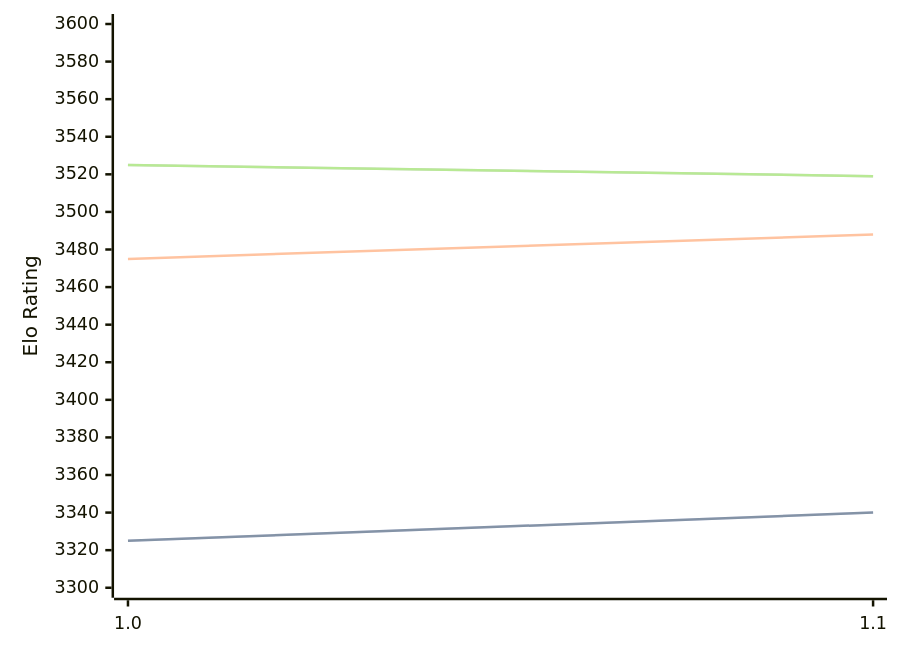
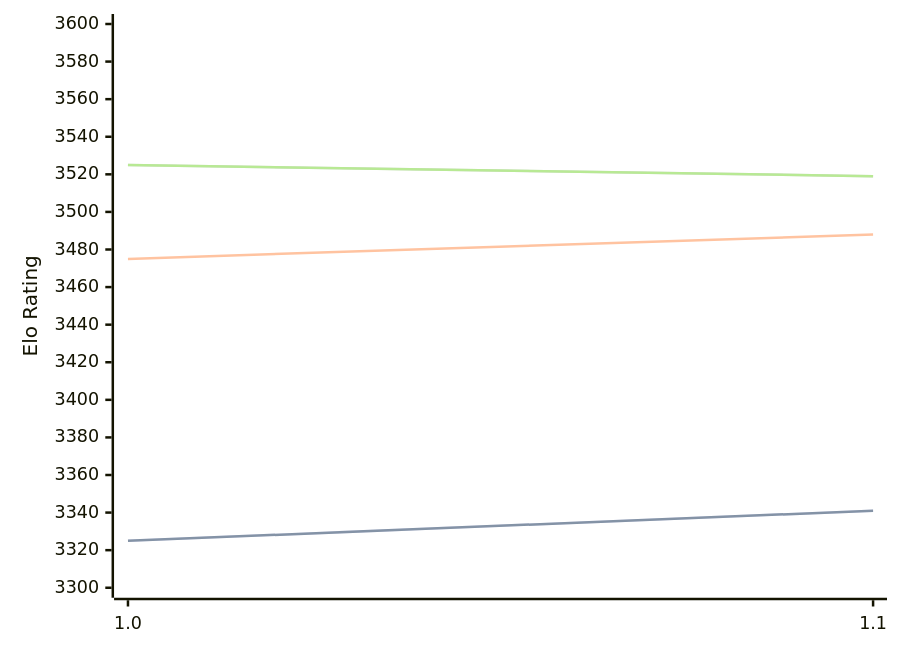
The diagram in engines/Horsie.md (computer-chess-index/cci), drawn with Mermaid before and after one commit. The commit also changed other lines of this file, not shown here.

````diff
--- a/engines/Horsie.md
+++ b/engines/Horsie.md
@@ -32,11 +32,11 @@
 ```mermaid
 %%{init: {"theme":"base","themeVariables":{"seriesColors:['#a3a3a3','#222221','#faa371']}}}%%
 xychart-beta
   x-axis ["1.0", "1.1"]
   y-axis "Elo Rating" 3300 --> 3600
-  line "STC (8.0+0.08s)" [3325, 3340]
-  line "STC (8.0+0.08s)" [3325, 3340]
+  line "STC (8.0+0.08s)" [3325, 3341]
+  line "STC (8.0+0.08s)" [3325, 3341]
   line "LTC (60.0+0.60s)" [3475, 3488]
   line "VLTC (2m24s+1.12s)" [3525, 3519]
   line "VLTC (2m24s+1.12s)" [3525, 3519]
 ```
````
